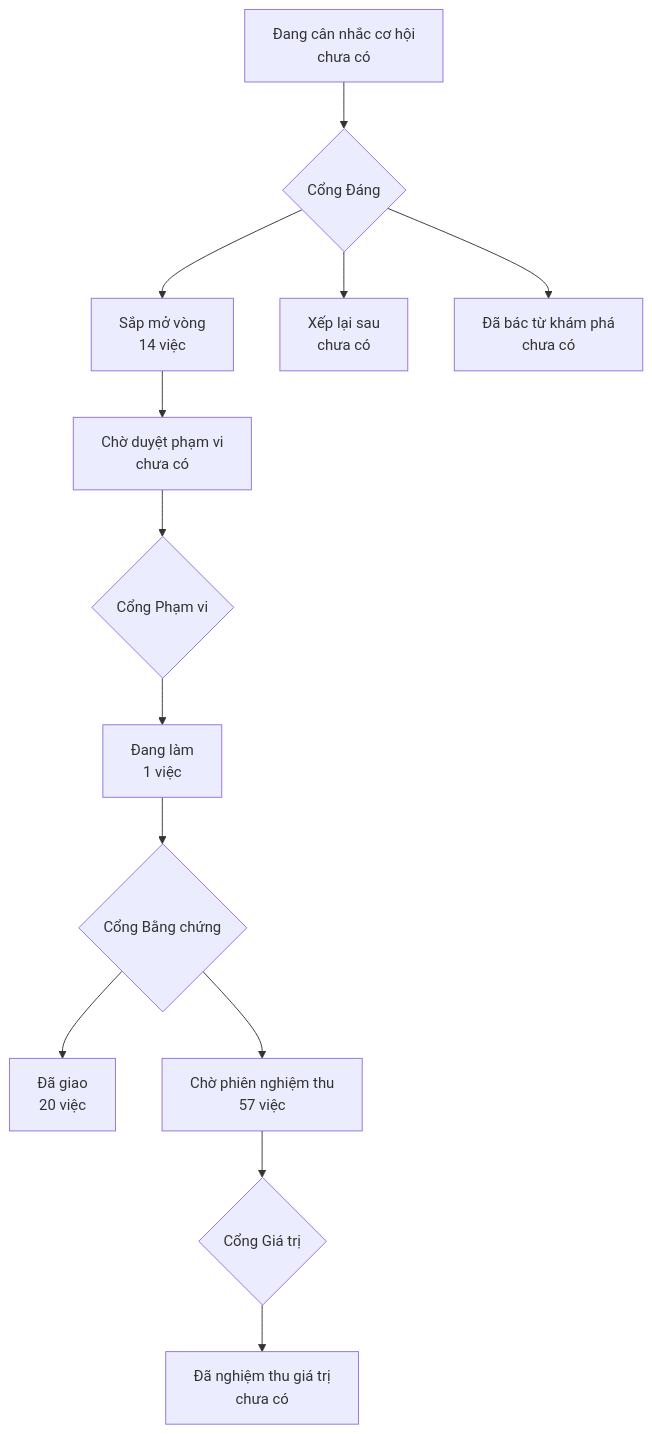
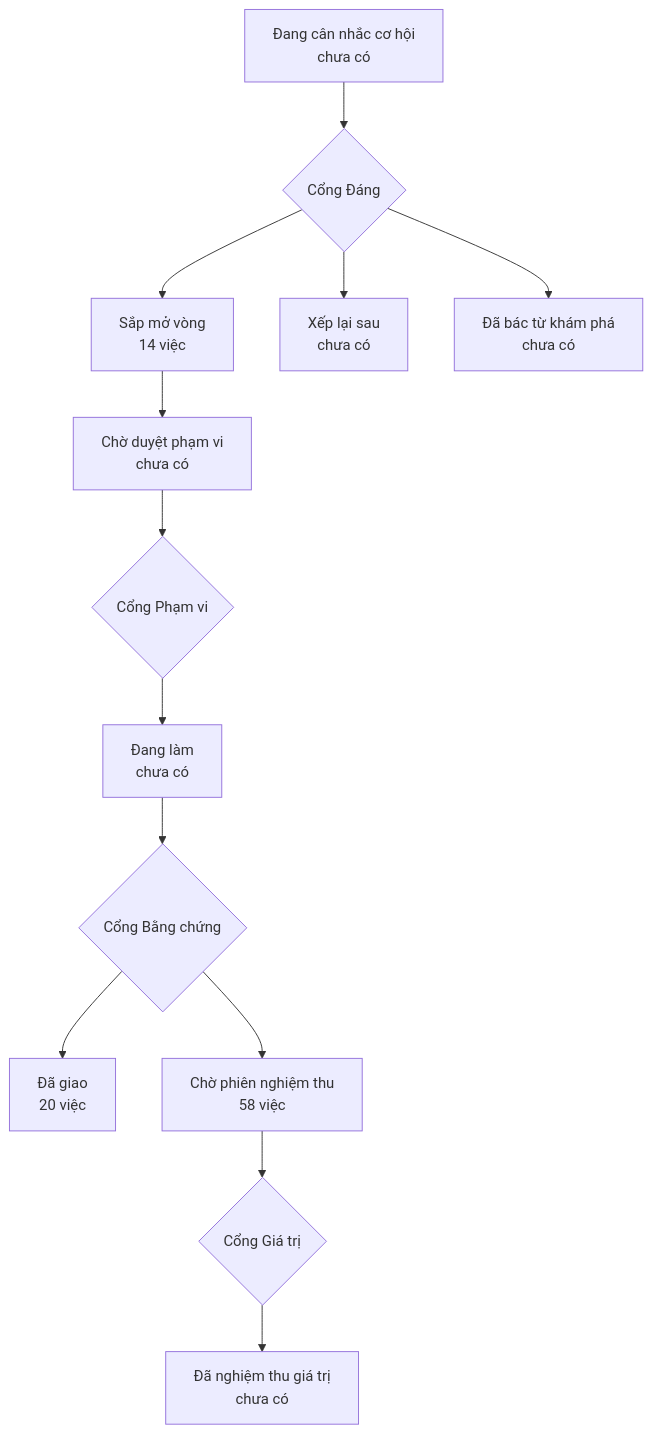
One commit to phanlemanh/onehub-quy-hang changed the diagram in PRODUCT-MAP.md. Above: the diagram before and after it, drawn with Mermaid. The commit also changed other lines of this file and 11 other files, not shown here.

Commit message:
docs(hom-nay-truong-nhom): gói bằng chứng lượt 3 — PASS, máy thông (làn V)

````diff
--- a/PRODUCT-MAP.md
+++ b/PRODUCT-MAP.md
@@ -7,12 +7,12 @@
 ```mermaid
 flowchart TD
   A["Đang cân nhắc cơ hội<br/>chưa có"] --> GD{"Cổng Đáng"}
   GD --> B["Sắp mở vòng<br/>14 việc"]
   GD --> XL["Xếp lại sau<br/>chưa có"]
   GD --> DB["Đã bác từ khám phá<br/>chưa có"]
   B --> CD["Chờ duyệt phạm vi<br/>chưa có"] --> GP{"Cổng Phạm vi"}
-  GP --> DL["Đang làm<br/>1 việc"] --> GB{"Cổng Bằng chứng"}
+  GP --> DL["Đang làm<br/>chưa có"] --> GB{"Cổng Bằng chứng"}
   GB --> DG["Đã giao<br/>20 việc"]
-  GB --> CN["Chờ phiên nghiệm thu<br/>57 việc"] --> GG{"Cổng Giá trị"}
+  GB --> CN["Chờ phiên nghiệm thu<br/>58 việc"] --> GG{"Cổng Giá trị"}
   GG --> NT["Đã nghiệm thu giá trị<br/>chưa có"]
 ```
````
